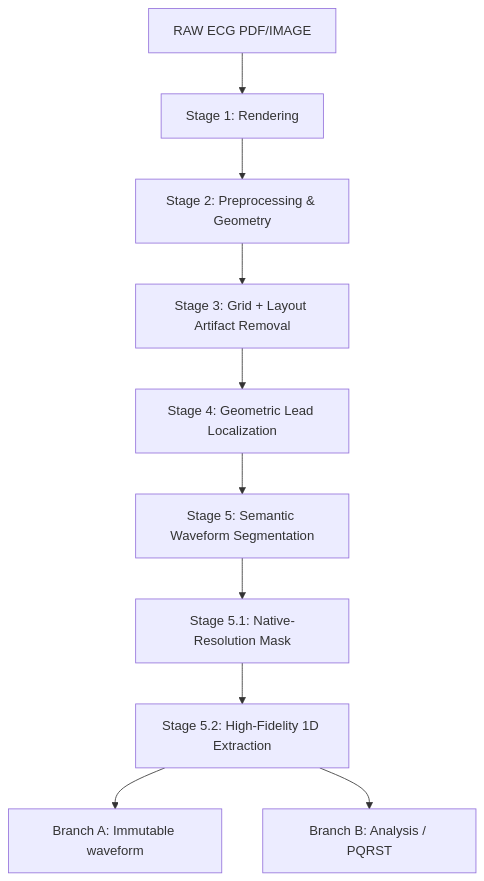
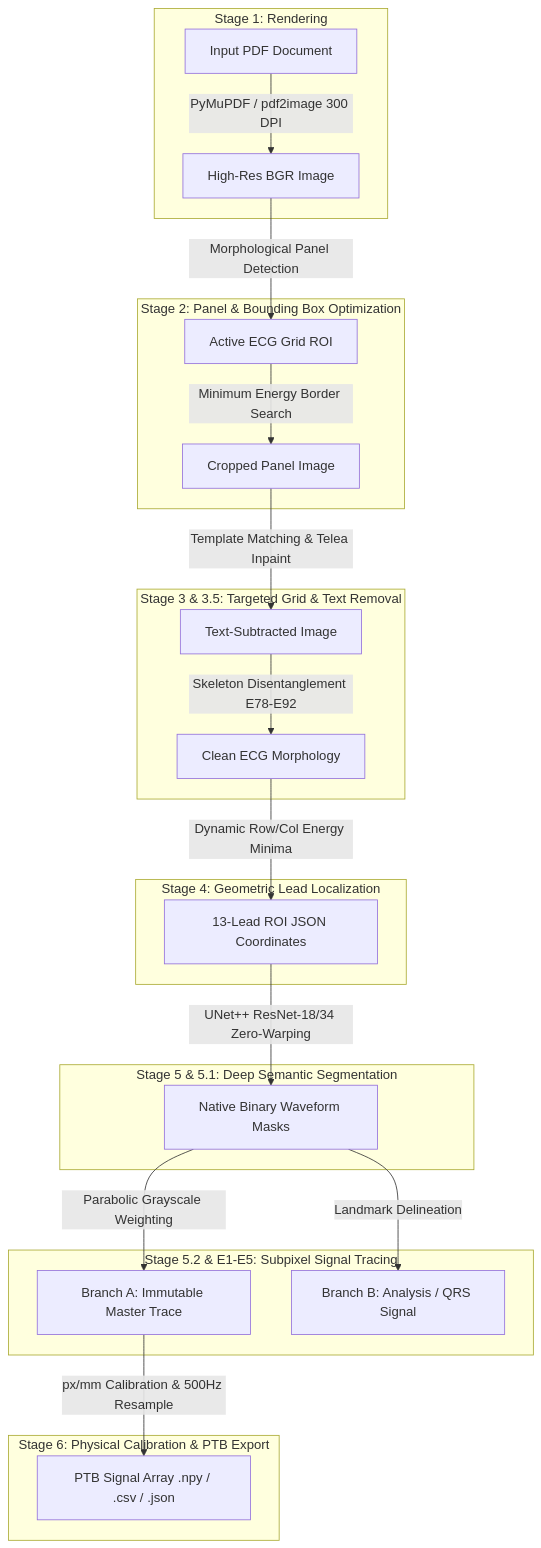
One commit to Chandru13k/ecgdigitizer changed the diagram in ECG_DIGITIZATION_COMPLETE_TECHNICAL_REPORT.md. Above: the diagram before and after it, drawn with Mermaid. The commit also changed other lines of this file and 4 other files, not shown here.

````diff
--- a/ECG_DIGITIZATION_COMPLETE_TECHNICAL_REPORT.md
+++ b/ECG_DIGITIZATION_COMPLETE_TECHNICAL_REPORT.md
@@ -8,12 +23,33 @@
 ```mermaid
 flowchart TD
-    A[RAW ECG PDF/IMAGE] --> B[Stage 1: Rendering]
-    B --> C[Stage 2: Preprocessing & Geometry]
-    C --> D[Stage 3: Grid + Layout Artifact Removal]
-    D --> E[Stage 4: Geometric Lead Localization]
-    E --> F[Stage 5: Semantic Waveform Segmentation]
-    F --> G[Stage 5.1: Native-Resolution Mask]
-    G --> H[Stage 5.2: High-Fidelity 1D Extraction]
-    H --> I[Branch A: Immutable waveform]
-    H --> J[Branch B: Analysis / PQRST]
+    subgraph Stage_1["Stage 1: Rendering"]
+        A[Input PDF Document] -->|PyMuPDF / pdf2image 300 DPI| B[High-Res BGR Image]
+    end
+
+    subgraph Stage_2["Stage 2: Panel & Bounding Box Optimization"]
+        B -->|Morphological Panel Detection| C[Active ECG Grid ROI]
+        C -->|Minimum Energy Border Search| D[Cropped Panel Image]
+    end
+
+    subgraph Stage_3["Stage 3 & 3.5: Targeted Grid & Text Removal"]
+        D -->|Template Matching & Telea Inpaint| E[Text-Subtracted Image]
+        E -->|Skeleton Disentanglement E78-E92| F[Clean ECG Morphology]
+    end
+
+    subgraph Stage_4["Stage 4: Geometric Lead Localization"]
+        F -->|Dynamic Row/Col Energy Minima| G[13-Lead ROI JSON Coordinates]
+    end
+
+    subgraph Stage_5["Stage 5 & 5.1: Deep Semantic Segmentation"]
+        G -->|UNet++ ResNet-18/34 Zero-Warping| H[Native Binary Waveform Masks]
+    end
+
+    subgraph Stage_52["Stage 5.2 & E1-E5: Subpixel Signal Tracing"]
+        H -->|Parabolic Grayscale Weighting| I[Branch A: Immutable Master Trace]
+        H -->|Landmark Delineation| J[Branch B: Analysis / QRS Signal]
+    end
+
+    subgraph Stage_6["Stage 6: Physical Calibration & PTB Export"]
+        I -->|px/mm Calibration & 500Hz Resample| K[PTB Signal Array .npy / .csv / .json]
+    end
 ```
````
